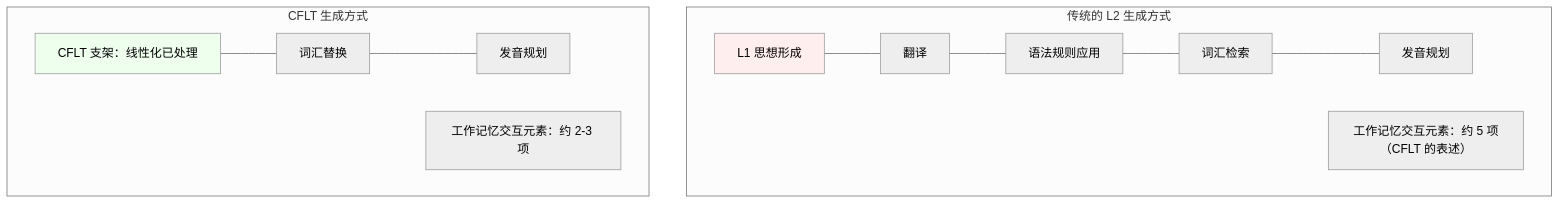
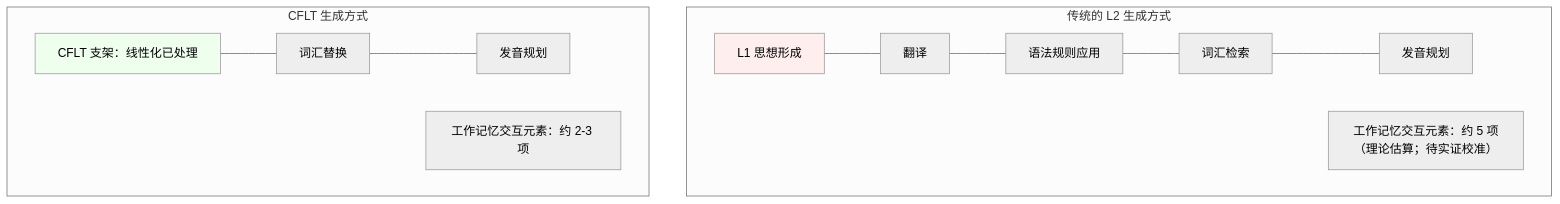
Before and after one commit to corefirst/cflt: the third of 3 diagrams in docs/zh/foundations/pedagogy.md, drawn with Mermaid (neutral theme). The commit also changed 8 other files, not shown here.

````diff
--- a/docs/zh/foundations/pedagogy.md
+++ b/docs/zh/foundations/pedagogy.md
@@ -88,19 +88,19 @@
 ```mermaid
 graph TD
     subgraph "传统的 L2 生成方式"
     T1[L1 思想形成] --- T2[翻译]
     T2 --- T3[语法规则应用]
     T3 --- T4[词汇检索]
     T4 --- T5[发音规划]
-    noteT["工作记忆交互元素：约 5 项（CFLT 的表述）"]
+    noteT["工作记忆交互元素：约 5 项（理论估算；待实证校准）"]
     end
 
     subgraph "CFLT 生成方式"
     C1[CFLT 支架：线性化已处理] --- C2[词汇替换]
     C2 --- C3[发音规划]
     noteC["工作记忆交互元素：约 2-3 项"]
     end
 
     style T1 fill:#fee
     style C1 fill:#efe
 ```
````
